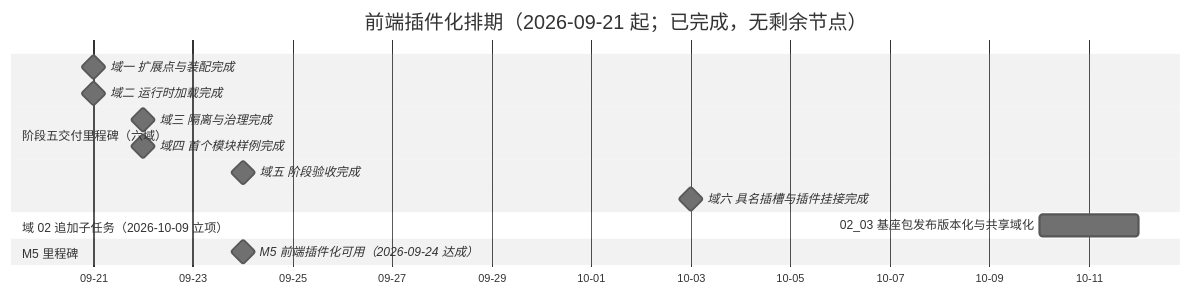
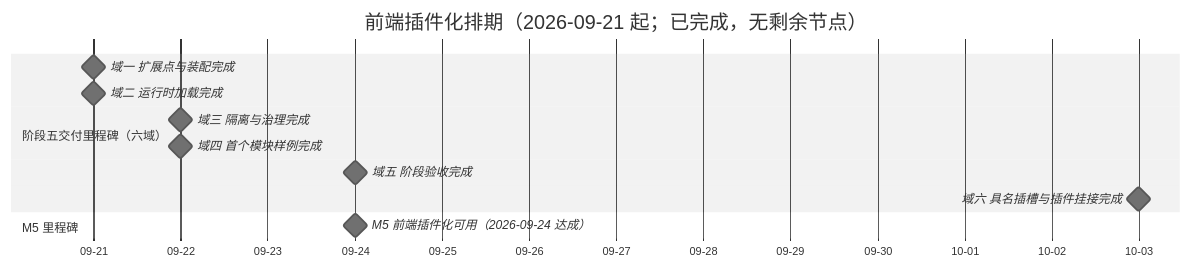
The diagram in bms文档/项目/05_前端插件化/计划/01_计划_前端插件化.md (minjian123/basic-management-system), drawn with Mermaid (neutral theme) before and after one commit. The commit also changed other lines of this file and 10 other files, not shown here.

````diff
--- a/bms文档/项目/05_前端插件化/计划/01_计划_前端插件化.md
+++ b/bms文档/项目/05_前端插件化/计划/01_计划_前端插件化.md
@@ -46,17 +47,15 @@
 ```mermaid
 gantt
     title 前端插件化排期（2026-09-21 起；已完成，无剩余节点）
     dateFormat  YYYY-MM-DD
     axisFormat %m-%d
     section 阶段五交付里程碑（六域）
     域一 扩展点与装配完成 :milestone, m01, 2026-09-21, 0d
     域二 运行时加载完成 :milestone, m02, 2026-09-21, 0d
     域三 隔离与治理完成 :milestone, m03, 2026-09-22, 0d
     域四 首个模块样例完成 :milestone, m04, 2026-09-22, 0d
     域五 阶段验收完成 :milestone, m05, 2026-09-24, 0d
     域六 具名插槽与插件挂接完成 :milestone, m06, 2026-10-03, 0d
-    section 域 02 追加子任务（2026-10-09 立项）
-    02_03 基座包发布版本化与共享域化 :a0203, 2026-10-10, 2d
     section M5 里程碑
     M5 前端插件化可用（2026-09-24 达成） :milestone, mm5, 2026-09-24, 0d
 ```
````
